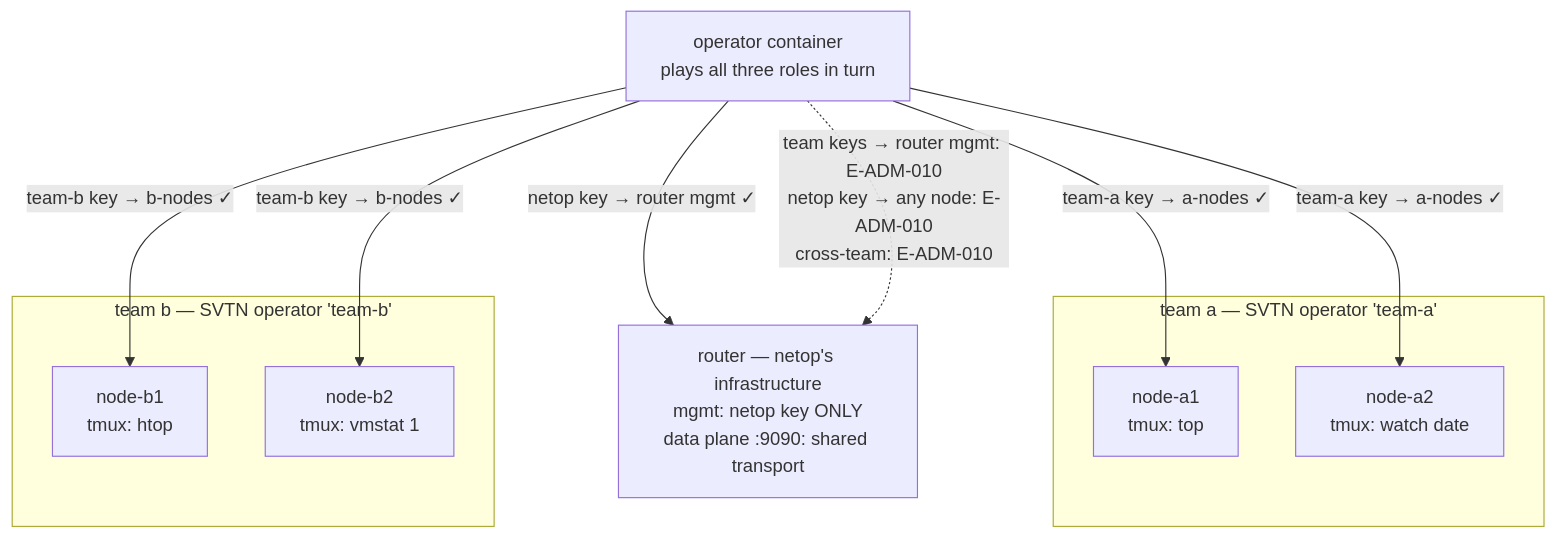
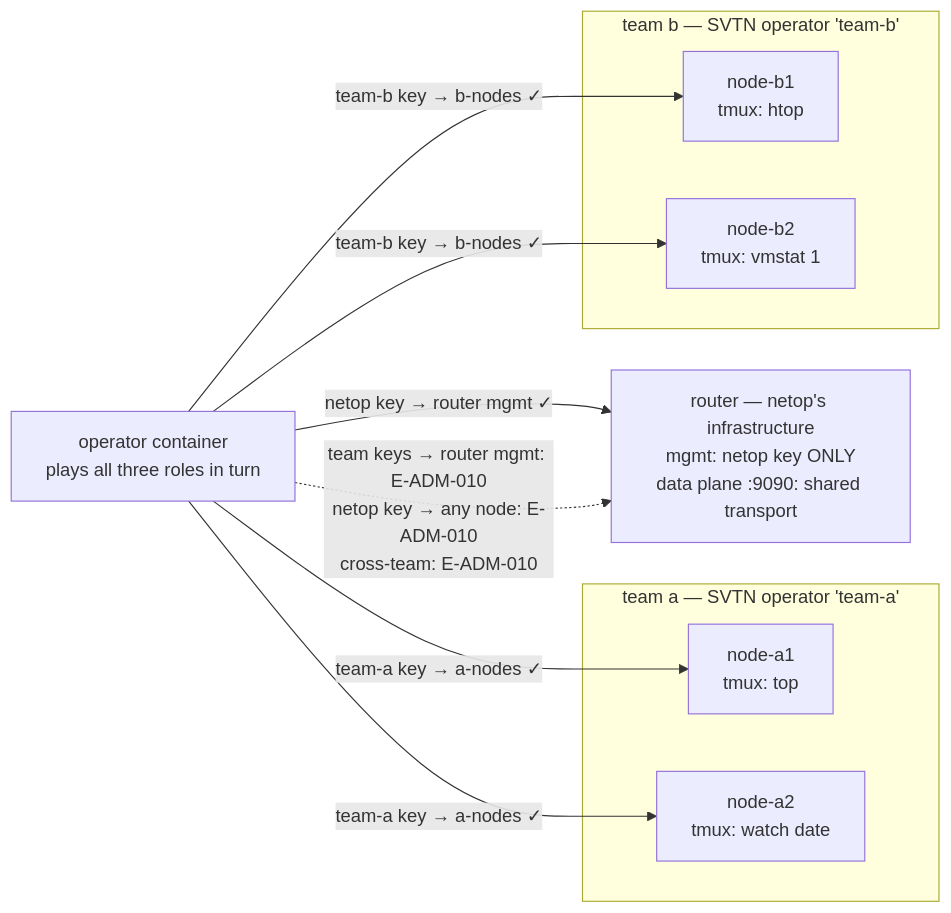
Before and after one commit to ArcavenAE/switchboard-blue: the second of 3 diagrams in examples/06-two-svtn-isolation/README.md, drawn with Mermaid. The commit also changed other lines of this file and 9 other files, not shown here.

First line of the commit message:
docs(diagrams): network view first — data plane and trust split lead, sbctl demoted to ground level (#117)

````diff
--- a/examples/06-two-svtn-isolation/README.md
+++ b/examples/06-two-svtn-isolation/README.md
@@ -31,17 +80,17 @@
 ```mermaid
-graph TB
+graph LR
+    OP["operator container<br/>plays all three roles in turn"]
     R["router — netop's infrastructure<br/>mgmt: netop key ONLY<br/>data plane :9090: shared transport"]
     subgraph ta["team a — SVTN operator 'team-a'"]
         A1["node-a1<br/>tmux: top"]
         A2["node-a2<br/>tmux: watch date"]
     end
     subgraph tb["team b — SVTN operator 'team-b'"]
         B1["node-b1<br/>tmux: htop"]
         B2["node-b2<br/>tmux: vmstat 1"]
     end
-    OP["operator container<br/>plays all three roles in turn"]
     OP -- "netop key → router mgmt ✓" --> R
     OP -- "team-a key → a-nodes ✓" --> A1 & A2
     OP -- "team-b key → b-nodes ✓" --> B1 & B2
     OP -. "team keys → router mgmt: E-ADM-010<br/>netop key → any node: E-ADM-010<br/>cross-team: E-ADM-010" .-> R
 ```
````
